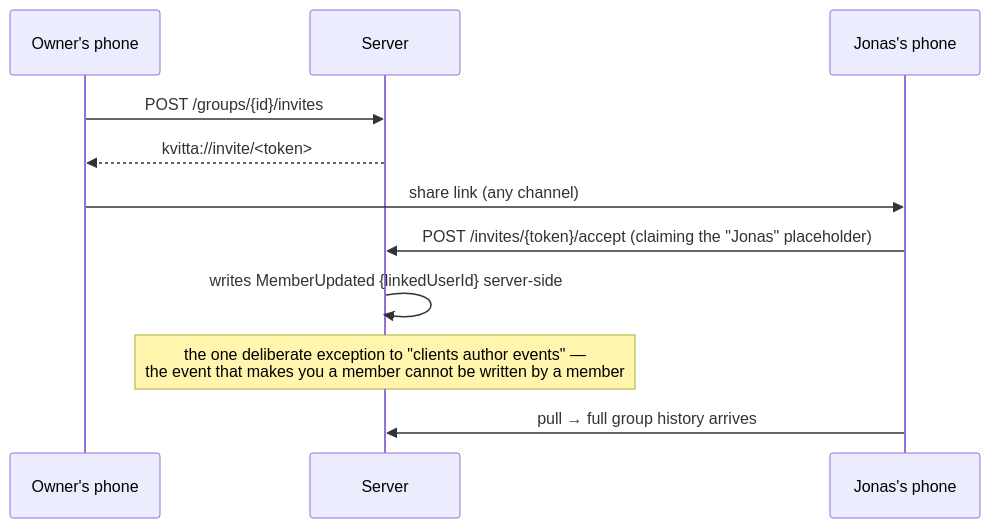
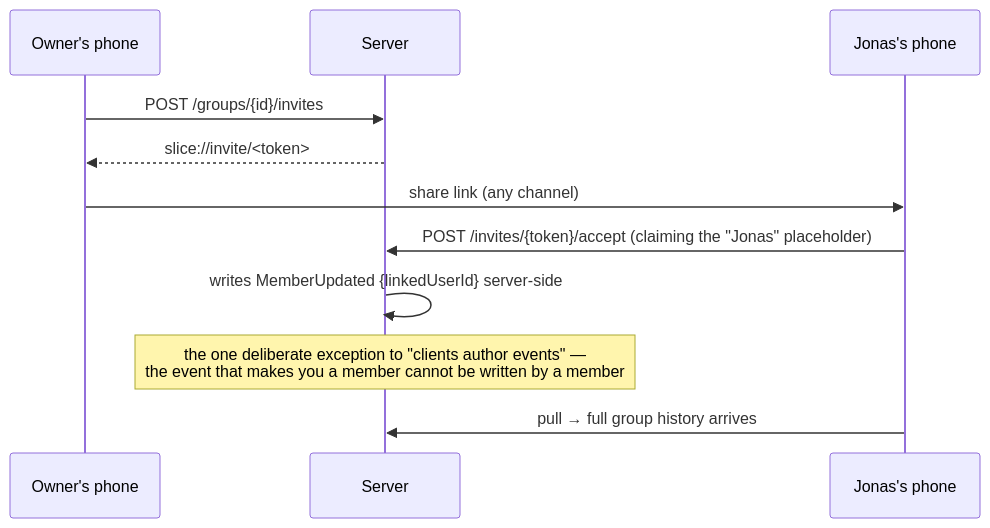
One commit to CarlBedrot/Kvitta changed the fourth of 4 diagrams in docs/how-slice-works.md. Above: the diagram before and after it, drawn with Mermaid. The commit also changed other lines of this file and 1 other file, not shown here.

````diff
--- a/docs/how-slice-works.md
+++ b/docs/how-slice-works.md
@@ -228,13 +228,13 @@
 ```mermaid
 sequenceDiagram
     participant O as Owner's phone
     participant S as Server
     participant J as Jonas's phone
     O->>S: POST /groups/{id}/invites
-    S-->>O: kvitta://invite/<token>
+    S-->>O: slice://invite/<token>
     O->>J: share link (any channel)
     J->>S: POST /invites/{token}/accept (claiming the "Jonas" placeholder)
     S->>S: writes MemberUpdated {linkedUserId} server-side
     Note over S: the one deliberate exception to "clients author events" —<br/>the event that makes you a member cannot be written by a member
     J->>S: pull → full group history arrives
 ```
````
